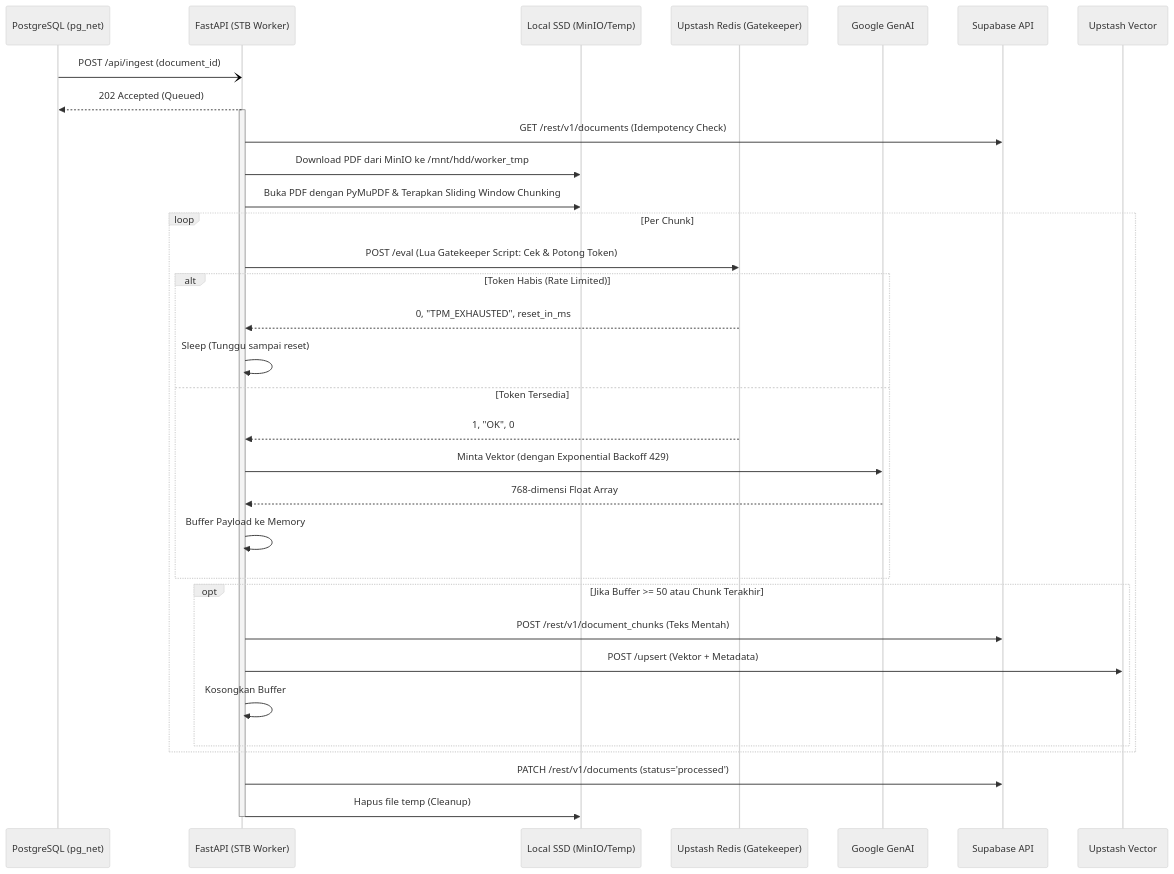
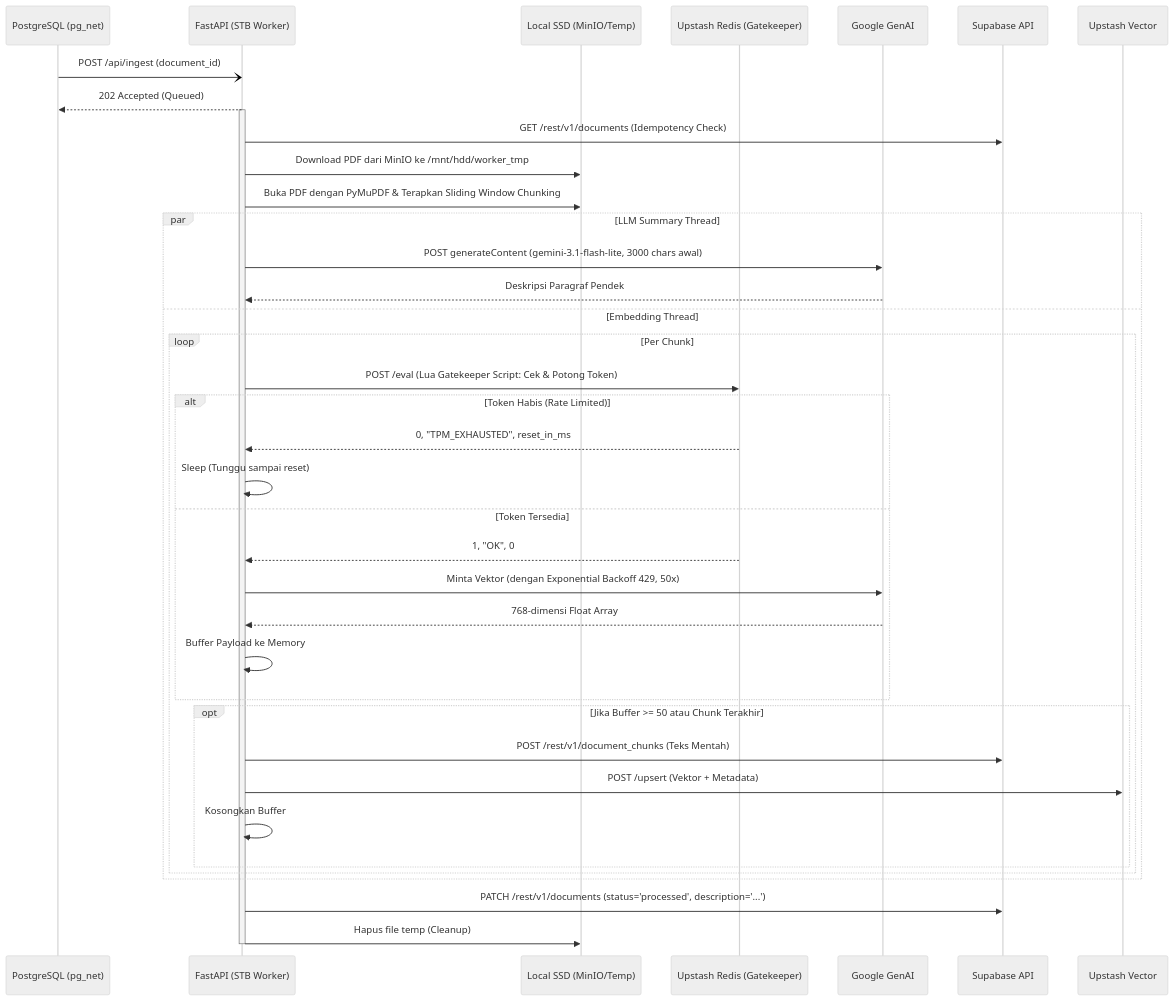
One commit to kanzhamada/Dokyudo changed the diagram in docs/backend/stb-extraction-worker.md. Above: the diagram before and after it, drawn with Mermaid (neutral theme). The commit also changed other lines of this file and 11 other files, not shown here.

````diff
--- a/docs/backend/stb-extraction-worker.md
+++ b/docs/backend/stb-extraction-worker.md
@@ -13,41 +13,46 @@
 ```mermaid
 sequenceDiagram
     participant Supabase as PostgreSQL (pg_net)
     participant API as FastAPI (STB Worker)
     participant Disk as Local SSD (MinIO/Temp)
     participant Redis as Upstash Redis (Gatekeeper)
     participant Gemini as Google GenAI
     participant PostgREST as Supabase API
     participant VectorDB as Upstash Vector
 
     Supabase-)API: POST /api/ingest (document_id)
     API-->>Supabase: 202 Accepted (Queued)
     
     activate API
     API->>PostgREST: GET /rest/v1/documents (Idempotency Check)
     API->>Disk: Download PDF dari MinIO ke /mnt/hdd/worker_tmp
     API->>Disk: Buka PDF dengan PyMuPDF & Terapkan Sliding Window Chunking
     
-    loop Per Chunk
-        API->>Redis: POST /eval (Lua Gatekeeper Script: Cek & Potong Token)
-        alt Token Habis (Rate Limited)
-            Redis-->>API: 0, "TPM_EXHAUSTED", reset_in_ms
-            API->>API: Sleep (Tunggu sampai reset)
-        else Token Tersedia
-            Redis-->>API: 1, "OK", 0
-            API->>Gemini: Minta Vektor (dengan Exponential Backoff 429)
-            Gemini-->>API: 768-dimensi Float Array
-            API->>API: Buffer Payload ke Memory
-        end
-        
-        opt Jika Buffer >= 50 atau Chunk Terakhir
-            API->>PostgREST: POST /rest/v1/document_chunks (Teks Mentah)
-            API->>VectorDB: POST /upsert (Vektor + Metadata)
-            API->>API: Kosongkan Buffer
+    par LLM Summary Thread
+        API->>Gemini: POST generateContent (gemini-3.1-flash-lite, 3000 chars awal)
+        Gemini-->>API: Deskripsi Paragraf Pendek
+    and Embedding Thread
+        loop Per Chunk
+            API->>Redis: POST /eval (Lua Gatekeeper Script: Cek & Potong Token)
+            alt Token Habis (Rate Limited)
+                Redis-->>API: 0, "TPM_EXHAUSTED", reset_in_ms
+                API->>API: Sleep (Tunggu sampai reset)
+            else Token Tersedia
+                Redis-->>API: 1, "OK", 0
+                API->>Gemini: Minta Vektor (dengan Exponential Backoff 429, 50x)
+                Gemini-->>API: 768-dimensi Float Array
+                API->>API: Buffer Payload ke Memory
+            end
+            
+            opt Jika Buffer >= 50 atau Chunk Terakhir
+                API->>PostgREST: POST /rest/v1/document_chunks (Teks Mentah)
+                API->>VectorDB: POST /upsert (Vektor + Metadata)
+                API->>API: Kosongkan Buffer
+            end
         end
     end
     
-    API->>PostgREST: PATCH /rest/v1/documents (status='processed')
+    API->>PostgREST: PATCH /rest/v1/documents (status='processed', description='...')
     API->>Disk: Hapus file temp (Cleanup)
     deactivate API
 ```
````
